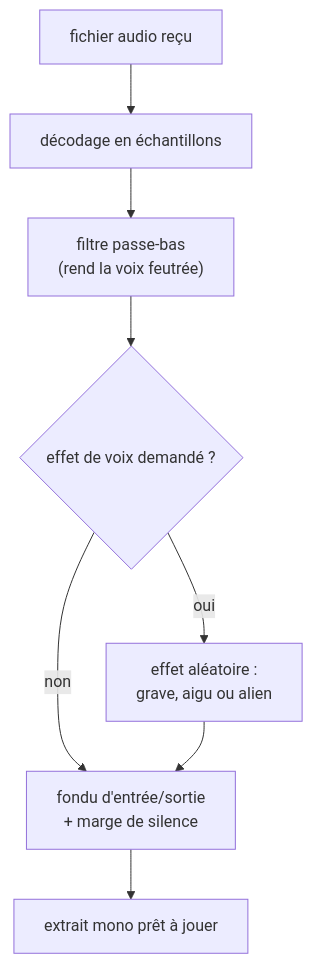
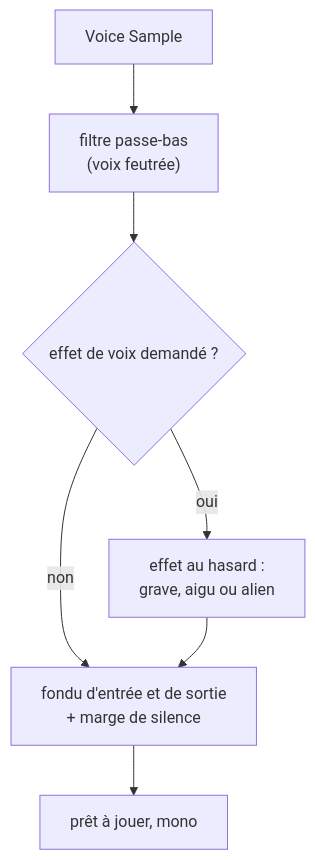
Before and after one commit to ahumadab/VepMod: the sixth of 6 diagrams in docs/voice-mimic-pipeline.md, drawn with Mermaid. The commit also changed other lines of this file and 6 other files, not shown here.

````diff
--- a/docs/voice-mimic-pipeline.md
+++ b/docs/voice-mimic-pipeline.md
@@ -225,10 +138,9 @@
 ```mermaid
 flowchart TD
-    raw["fichier audio reçu"] --> f2["décodage en échantillons"]
-    f2 --> lp["filtre passe-bas<br/>(rend la voix feutrée)"]
+    raw["Voice Sample"] --> lp["filtre passe-bas<br/>(voix feutrée)"]
     lp --> filt{"effet de voix demandé ?"}
-    filt -->|oui| rnd["effet aléatoire :<br/>grave, aigu ou alien"]
+    filt -->|oui| rnd["effet au hasard :<br/>grave, aigu ou alien"]
     filt -->|non| fade
-    rnd --> fade["fondu d'entrée/sortie<br/>+ marge de silence"]
-    fade --> clip["extrait mono prêt à jouer"]
+    rnd --> fade["fondu d'entrée et de sortie<br/>+ marge de silence"]
+    fade --> out["prêt à jouer, mono"]
 ```
````
